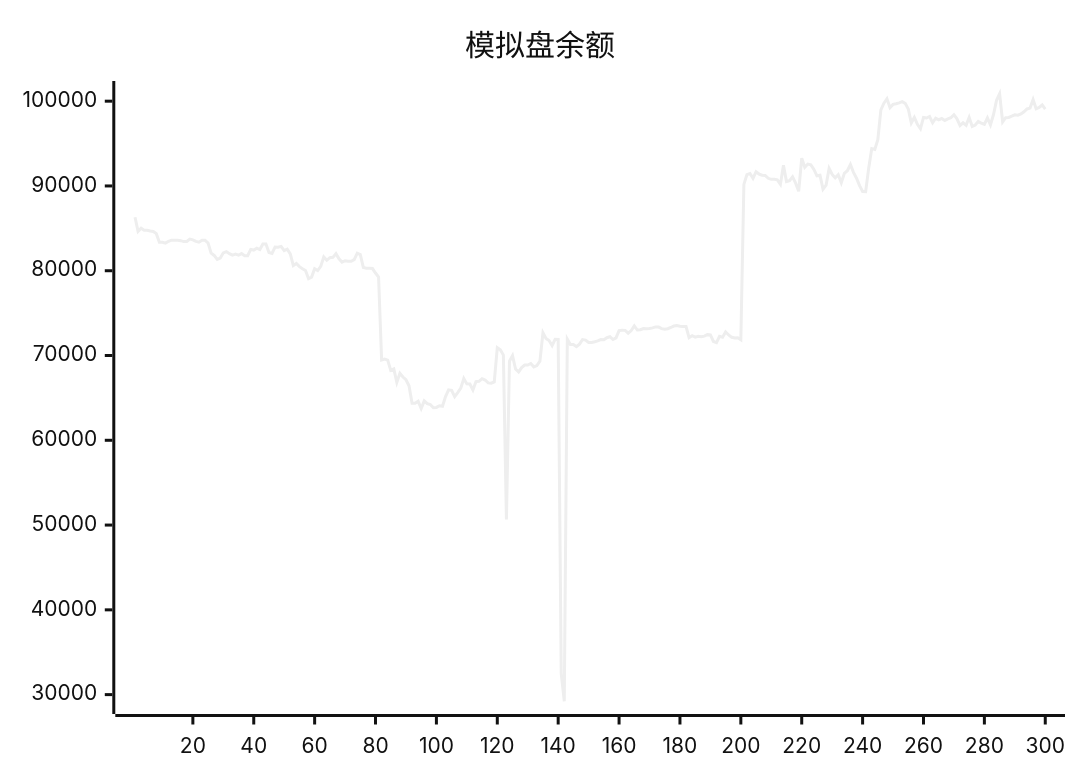
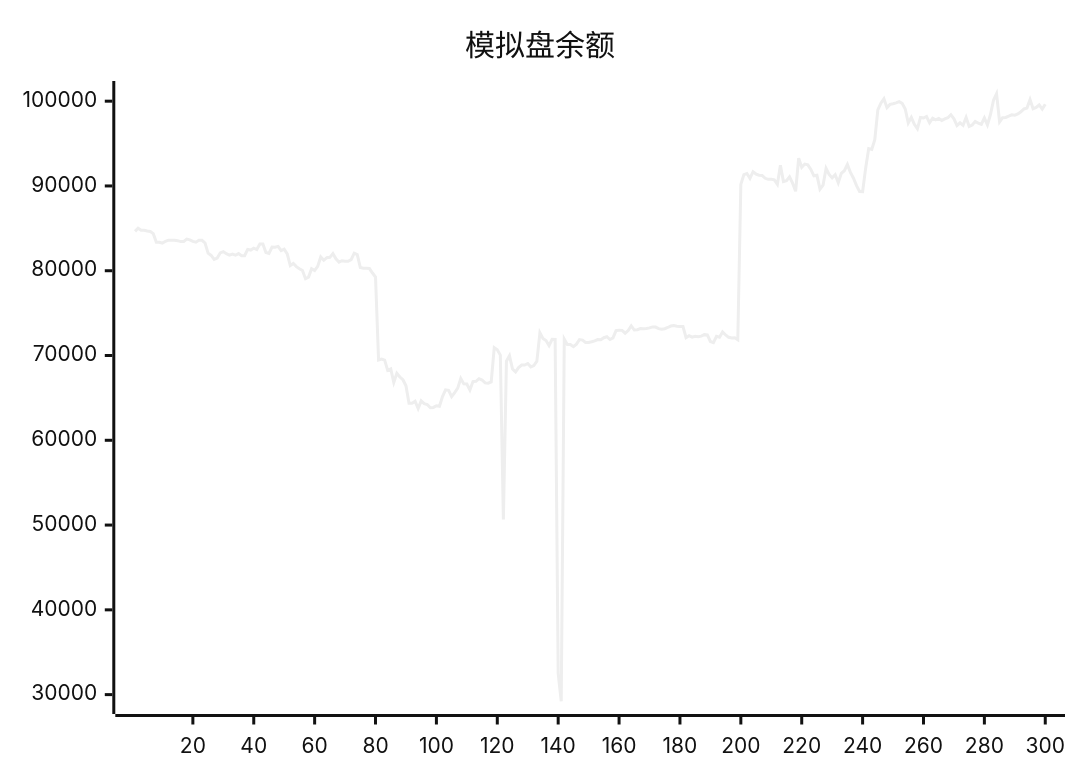
The diagram in README.md (aahl/ai-trading), drawn with Mermaid (neutral theme) before and after one commit. The commit also changed other lines of this file and 1 other file, not shown here.

````diff
--- a/README.md
+++ b/README.md
@@ -5,5 +5,5 @@
 ```mermaid
 xychart
     title "模拟盘余额"
-    line [86315,84643,85012,84772,84768,84690,84635,84376,83360,83357,83259,83474,83608,83606,83602,83548,83440,83454,83724,83644,83464,83365,83590,83592,83275,82072,81806,81344,81492,82109,82254,82006,81848,81955,81829,82022,81769,81776,82522,82441,82656,82498,83144,83144,82150,82038,82797,82763,82872,82367,82536,81981,80612,80862,80484,80242,80034,79063,79245,80226,80016,80507,81625,81233,81544,81578,82016,81401,81019,81186,81130,81118,81306,82066,81909,80392,80304,80291,80258,79729,79261,69466,69579,69456,68251,68415,66832,67911,67462,67144,66432,64380,64375,64606,63740,64647,64324,64216,63842,63877,64078,64008,65156,65945,65888,65157,65625,66144,67284,66653,66639,65924,66925,66956,67263,67108,66766,66729,66886,70927,70673,70049,50652,69334,69973,68400,68061,68578,68876,68879,69055,68662,68822,69329,72687,71999,71760,71162,71911,71896,32500,29218,71927,71297,71305,71044,71337,71883,71822,71536,71536,71622,71723,71880,71860,72100,72216,71887,72077,72940,72976,72966,72638,72948,73497,73004,73041,73173,73160,73186,73258,73375,73351,73173,73098,73161,73305,73474,73536,73457,73413,73412,72100,72333,72164,72272,72204,72285,72461,72421,71652,71521,72267,72157,72774,72424,72144,72060,72091,71858,90185,91338,91466,90900,91678,91404,91268,91244,90903,90779,90787,90721,90187,92429,90518,90619,91070,90328,89376,93286,92202,92581,92485,91947,91196,91259,89619,90086,92063,91355,90950,91327,90373,91498,91800,92531,91603,90910,90031,89351,89334,92097,94406,94315,95455,98972,99763,100286,99229,99622,99701,99805,99938,99738,99082,97430,98094,97267,96741,98081,98013,98194,97447,97983,97789,97969,97729,97911,98043,98405,97912,97120,97448,97154,98095,97021,97190,97616,97402,97263,98035,97210,98424,100120,100876,97552,98049,98085,98228,98388,98342,98488,98750,99086,99181,100188,99107,99272,99553,99072]
+    line [84643,85012,84772,84768,84690,84635,84376,83360,83357,83259,83474,83608,83606,83602,83548,83440,83454,83724,83644,83464,83365,83590,83592,83275,82072,81806,81344,81492,82109,82254,82006,81848,81955,81829,82022,81769,81776,82522,82441,82656,82498,83144,83144,82150,82038,82797,82763,82872,82367,82536,81981,80612,80862,80484,80242,80034,79063,79245,80226,80016,80507,81625,81233,81544,81578,82016,81401,81019,81186,81130,81118,81306,82066,81909,80392,80304,80291,80258,79729,79261,69466,69579,69456,68251,68415,66832,67911,67462,67144,66432,64380,64375,64606,63740,64647,64324,64216,63842,63877,64078,64008,65156,65945,65888,65157,65625,66144,67284,66653,66639,65924,66925,66956,67263,67108,66766,66729,66886,70927,70673,70049,50652,69334,69973,68400,68061,68578,68876,68879,69055,68662,68822,69329,72687,71999,71760,71162,71911,71896,32500,29218,71927,71297,71305,71044,71337,71883,71822,71536,71536,71622,71723,71880,71860,72100,72216,71887,72077,72940,72976,72966,72638,72948,73497,73004,73041,73173,73160,73186,73258,73375,73351,73173,73098,73161,73305,73474,73536,73457,73413,73412,72100,72333,72164,72272,72204,72285,72461,72421,71652,71521,72267,72157,72774,72424,72144,72060,72091,71858,90185,91338,91466,90900,91678,91404,91268,91244,90903,90779,90787,90721,90187,92429,90518,90619,91070,90328,89376,93286,92202,92581,92485,91947,91196,91259,89619,90086,92063,91355,90950,91327,90373,91498,91800,92531,91603,90910,90031,89351,89334,92097,94406,94315,95455,98972,99763,100286,99229,99622,99701,99805,99938,99738,99082,97430,98094,97267,96741,98081,98013,98194,97447,97983,97789,97969,97729,97911,98043,98405,97912,97120,97448,97154,98095,97021,97190,97616,97402,97263,98035,97210,98424,100120,100876,97552,98049,98085,98228,98388,98342,98488,98750,99086,99181,100188,99107,99272,99553,99072,99636]
 ```
````
